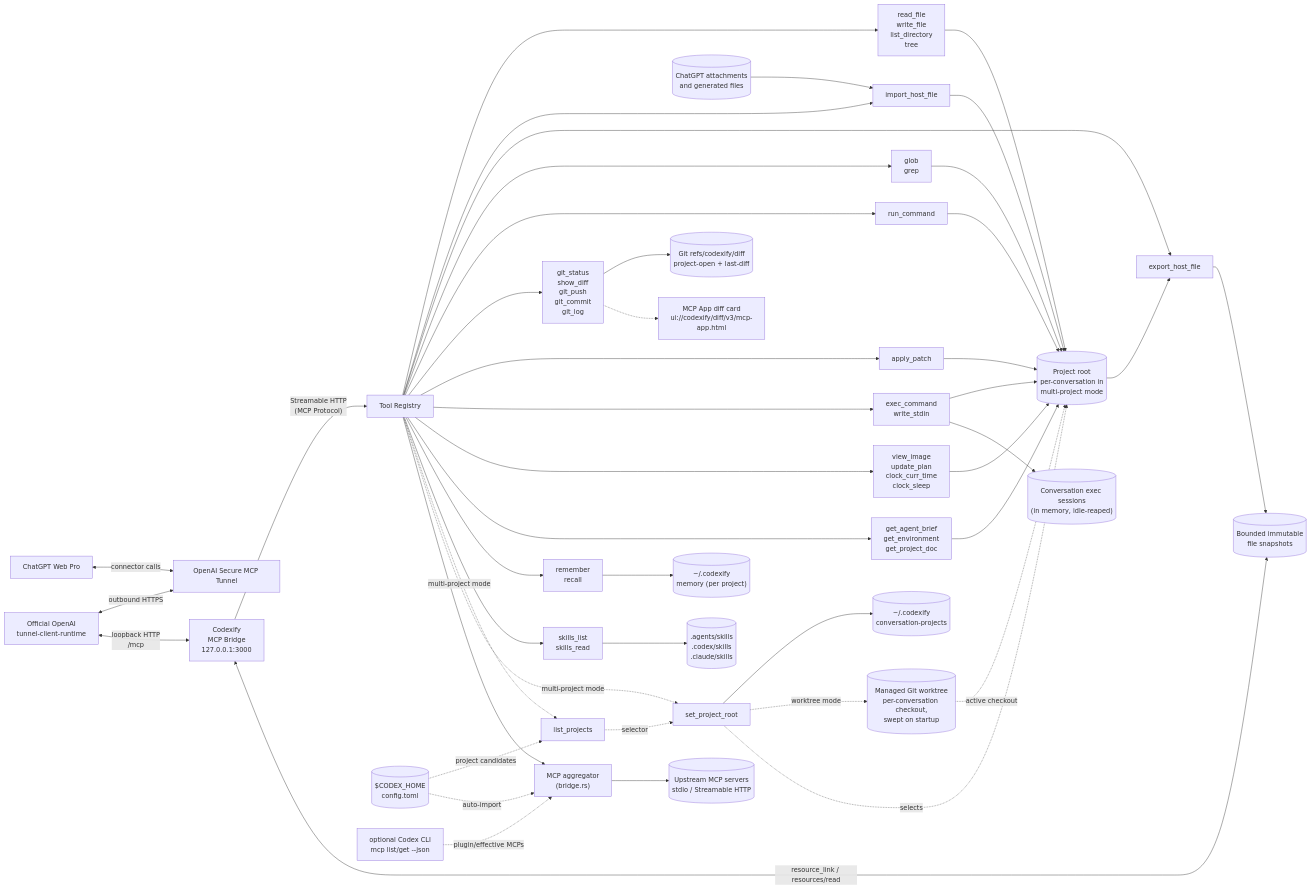
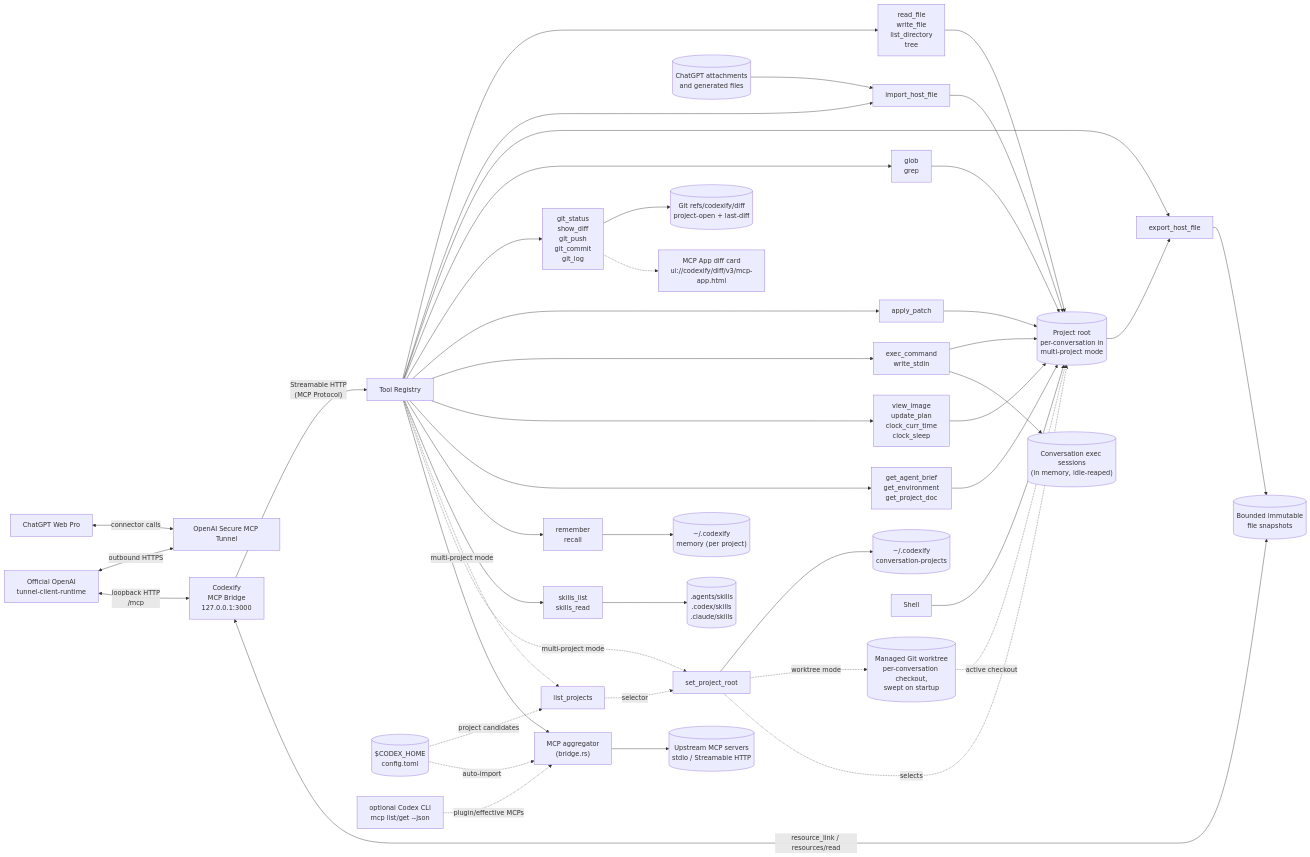
Before and after one commit to thesunwave/codexify: the diagram in README.md, drawn with Mermaid. The commit also changed other lines of this file and 26 other files, not shown here.

Commit message:
Align command defaults and Codex utility tools

```diff
--- a/README.md
+++ b/README.md
@@ -26,7 +26,6 @@
     Ingress["import_host_file"]
     Egress["export_host_file"]
     Search["glob\ngrep"]
-    Shell["run_command"]
     Git["git_status\nshow_diff\ngit_push\ngit_commit\ngit_log"]
     Edit["apply_patch"]
     Exec["exec_command\nwrite_stdin"]
@@ -60,7 +59,6 @@
     Tools --> Ingress
     Tools --> Egress
     Tools --> Search
-    Tools --> Shell
     Tools --> Git
     Tools --> Edit
     Tools --> Exec
```
